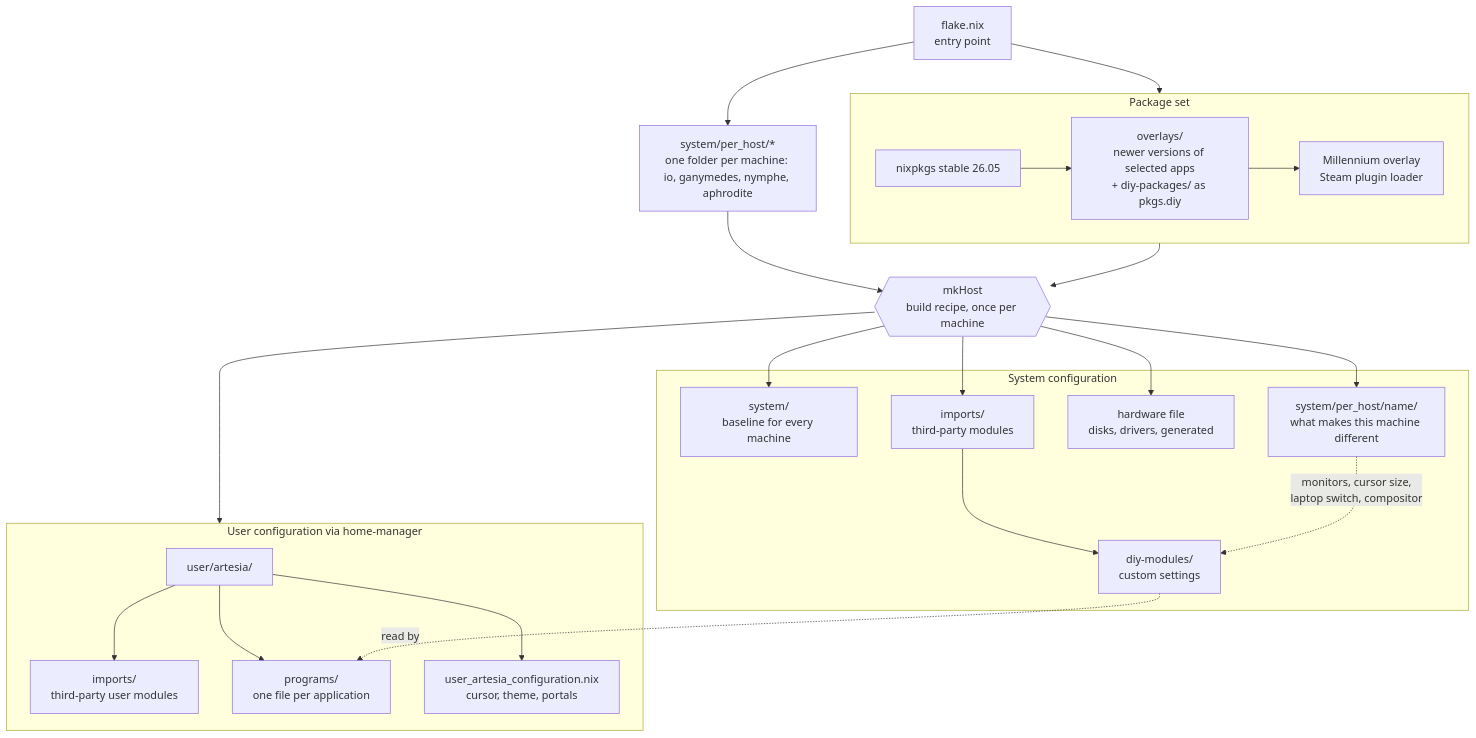
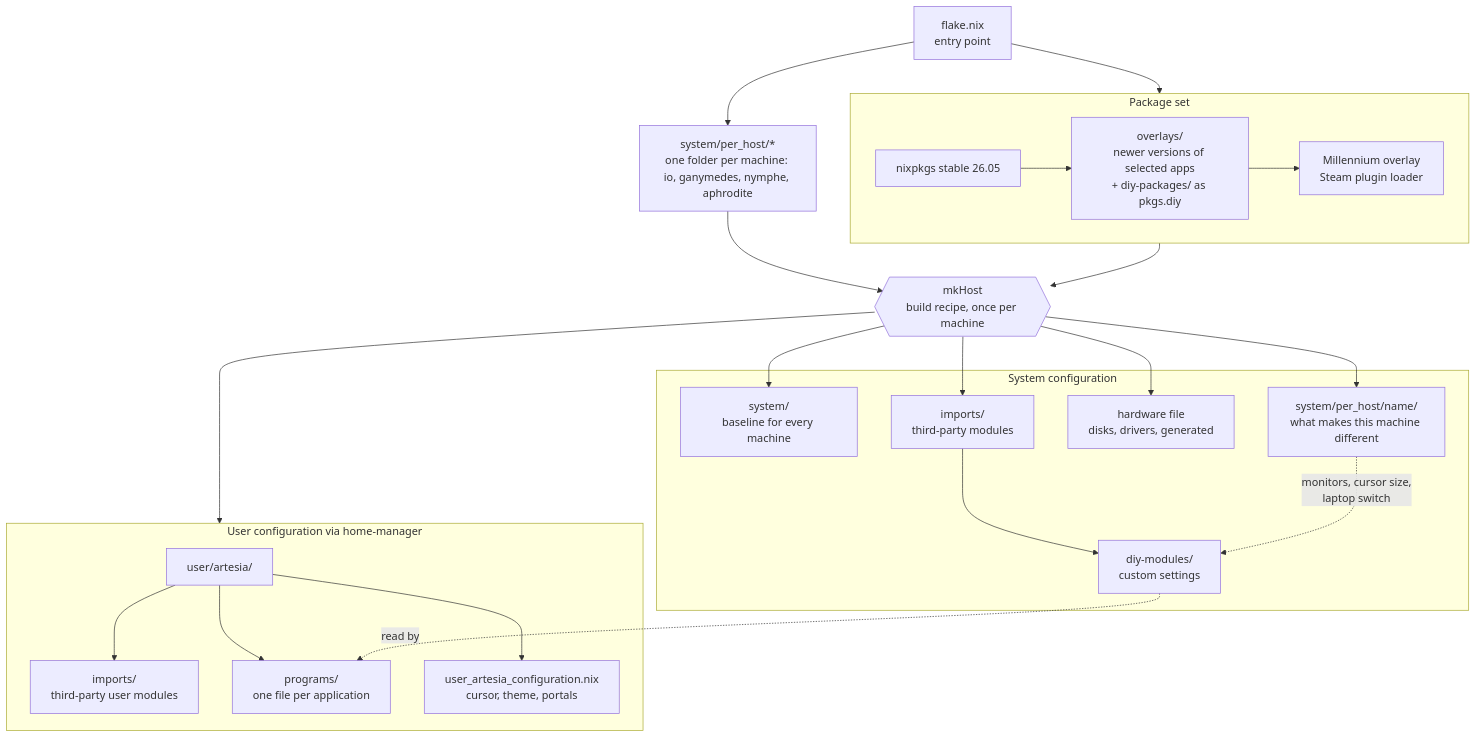
One commit to 68656c6c/celestial changed the first of 2 diagrams in docs/structure.md. Above: the diagram before and after it, drawn with Mermaid. The commit also changed other lines of this file and 2 other files, not shown here.

````diff
--- a/docs/structure.md
+++ b/docs/structure.md
@@ -11,41 +11,41 @@
 ```mermaid
 flowchart TD
     flake["flake.nix<br/>entry point"]
     hosts["system/per_host/*<br/>one folder per machine: io, ganymedes, nymphe, aphrodite"]
     mkHost{{"mkHost<br/>build recipe, once per machine"}}
 
     flake --> hosts --> mkHost
 
     subgraph pkgset["Package set"]
         nixpkgs["nixpkgs stable 26.05"]
         overlays["overlays/<br/>newer versions of selected apps<br/>+ diy-packages/ as pkgs.diy"]
         millennium["Millennium overlay<br/>Steam plugin loader"]
         nixpkgs --> overlays --> millennium
     end
 
     flake --> pkgset
     pkgset --> mkHost
 
     subgraph nixos["System configuration"]
         system["system/<br/>baseline for every machine"]
         imports["imports/<br/>third-party modules"]
         diymods["diy-modules/<br/>custom settings"]
         hw["hardware file<br/>disks, drivers, generated"]
         perhost["system/per_host/name/<br/>what makes this machine different"]
         imports --> diymods
     end
 
     mkHost --> system & imports & hw & perhost
 
     subgraph hm["User configuration via home-manager"]
         user["user/artesia/"]
         uimports["imports/<br/>third-party user modules"]
         programs["programs/<br/>one file per application"]
         ucfg["user_artesia_configuration.nix<br/>cursor, theme, portals"]
         user --> uimports & programs & ucfg
     end
 
     mkHost --> hm
-    perhost -.->|"monitors, cursor size,<br/>laptop switch, compositor"| diymods
+    perhost -.->|"monitors, cursor size,<br/>laptop switch"| diymods
     diymods -.->|"read by"| programs
 ```
````
